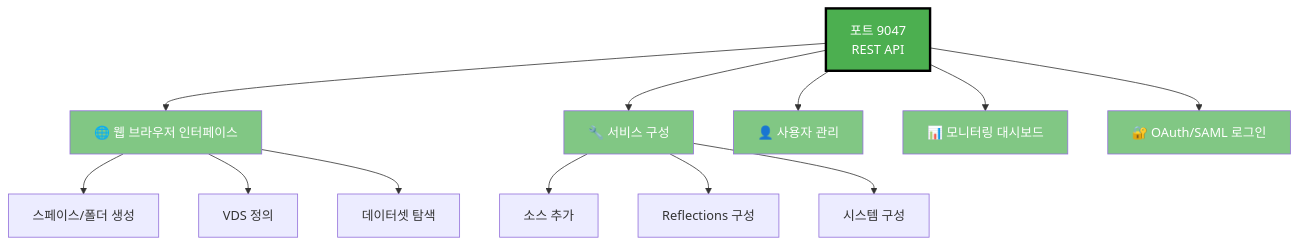
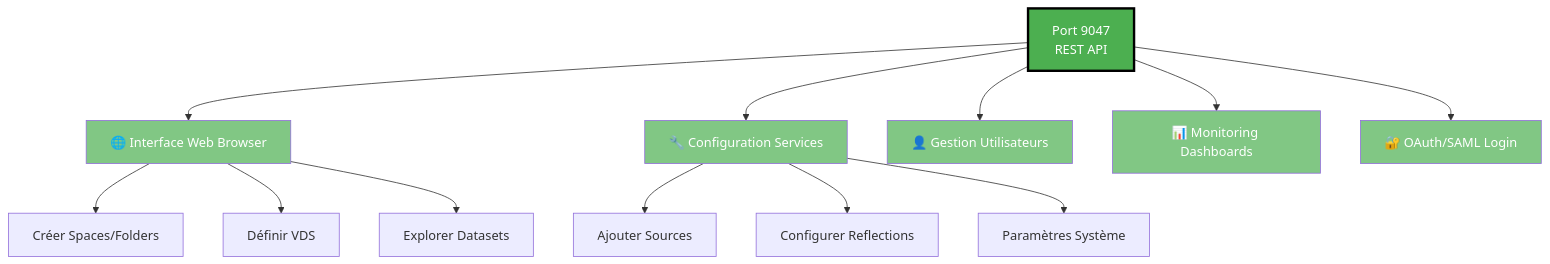
The fifth of 9 diagrams in docs/i18n/ko/architecture/dremio-ports-visual.md (Monsau/Talentys-OSS-Data-Platform), drawn with Mermaid before and after one commit. The commit also changed other lines of this file and 485 other files, not shown here.

First line of the commit message:
feat: v1.1.0 - Complete i18n roadmap, AI services, and data platform

````diff
--- a/docs/i18n/ko/architecture/dremio-ports-visual.md
+++ b/docs/i18n/ko/architecture/dremio-ports-visual.md
@@ -166,25 +166,25 @@
 ```mermaid
 graph TB
-    A[포트 9047<br/>REST API]
+    A[Port 9047<br/>REST API]
     
-    A --> B1[🌐 웹 브라우저 인터페이스]
-    A --> B2[🔧 서비스 구성]
-    A --> B3[👤 사용자 관리]
-    A --> B4[📊 모니터링 대시보드]
-    A --> B5[🔐 OAuth/SAML 로그인]
+    A --> B1[🌐 Interface Web Browser]
+    A --> B2[🔧 Configuration Services]
+    A --> B3[👤 Gestion Utilisateurs]
+    A --> B4[📊 Monitoring Dashboards]
+    A --> B5[🔐 OAuth/SAML Login]
     
-    B1 --> C1[스페이스/폴더 생성]
-    B1 --> C2[VDS 정의]
-    B1 --> C3[데이터셋 탐색]
+    B1 --> C1[Créer Spaces/Folders]
+    B1 --> C2[Définir VDS]
+    B1 --> C3[Explorer Datasets]
     
-    B2 --> C4[소스 추가]
-    B2 --> C5[Reflections 구성]
-    B2 --> C6[시스템 구성]
+    B2 --> C4[Ajouter Sources]
+    B2 --> C5[Configurer Reflections]
+    B2 --> C6[Paramètres Système]
     
     style A fill:#4CAF50,color:#fff,stroke:#000,stroke-width:3px
     style B1 fill:#81C784,color:#fff
     style B2 fill:#81C784,color:#fff
     style B3 fill:#81C784,color:#fff
     style B4 fill:#81C784,color:#fff
     style B5 fill:#81C784,color:#fff
 ```
````
